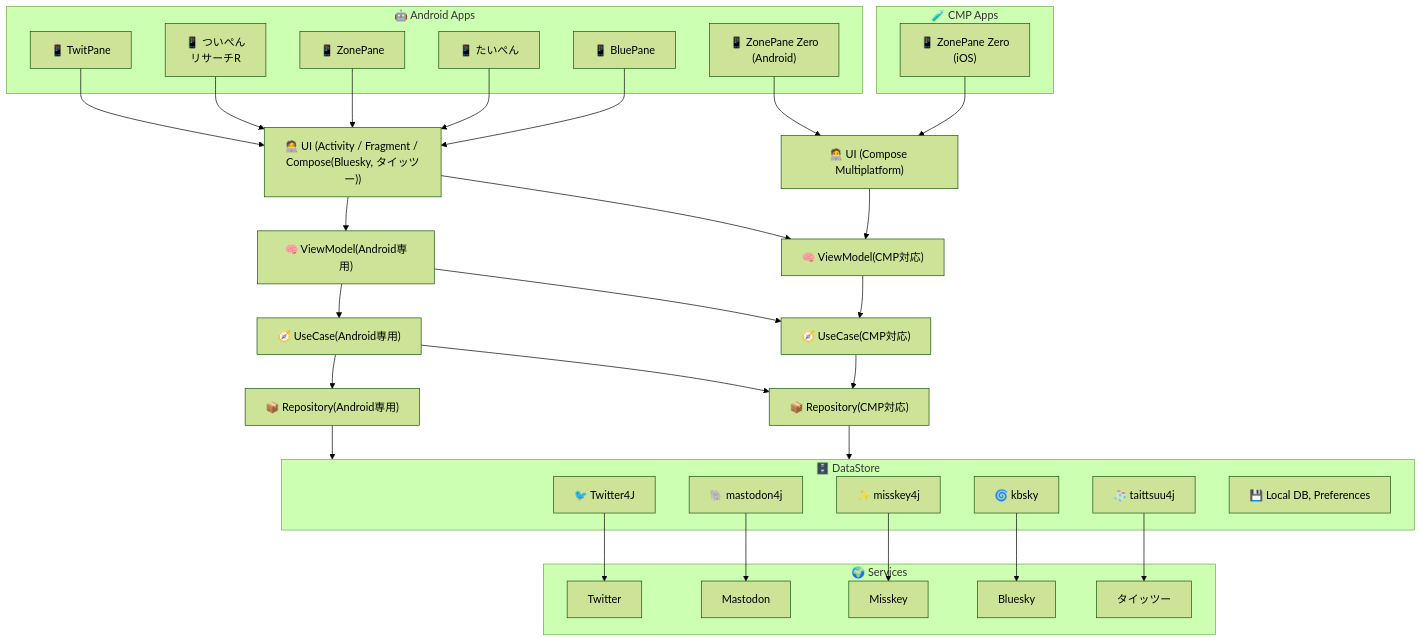
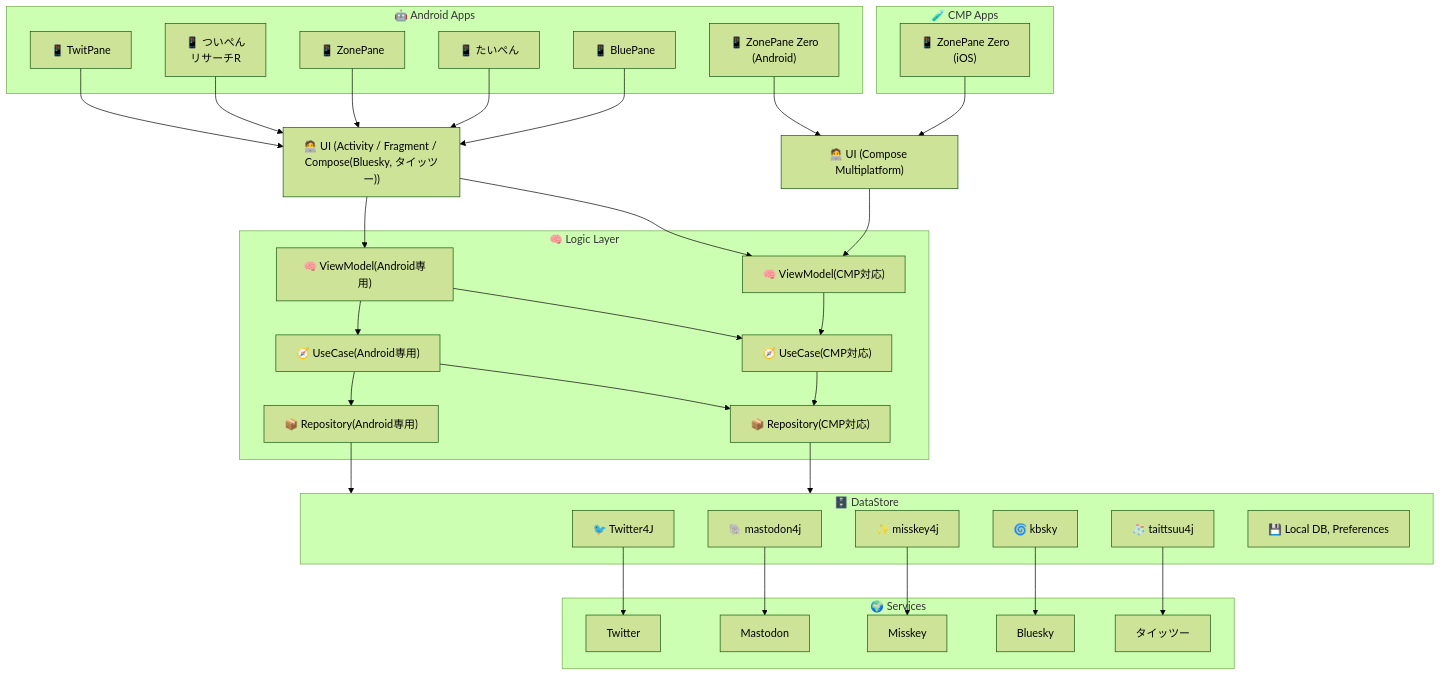
The first of 7 diagrams in twitpane.md (takke/mermaid_exam), drawn with Mermaid (forest theme) before and after one commit. The commit also changed other lines of this file, not shown here.

```diff
--- a/twitpane.md
+++ b/twitpane.md
@@ -30,17 +30,15 @@
   UI["🧑‍💻 UI (Activity / Fragment / Compose(Bluesky, タイッツー))"]
   UIC["🧑‍💻 UI (Compose Multiplatform)"]
 
-  %% ViewModel Layer
-  VMA["🧠 ViewModel(Android専用)"]
-  VMC["🧠 ViewModel(CMP対応)"]
-
-  %% UseCase Layer
-  UCA["🧭 UseCase(Android専用)"]
-  UCC["🧭 UseCase(CMP対応)"]
-
-  %% Repository Layer
-  RPA["📦 Repository(Android専用)"]
-  RPC["📦 Repository(CMP対応)"]
+  %% Logic Layer subgraph
+  subgraph LG["🧠 Logic Layer"]
+    VMA["🧠 ViewModel(Android専用)"]
+    VMC["🧠 ViewModel(CMP対応)"]
+    UCA["🧭 UseCase(Android専用)"]
+    UCC["🧭 UseCase(CMP対応)"]
+    RPA["📦 Repository(Android専用)"]
+    RPC["📦 Repository(CMP対応)"]
+  end
 
   %% DataSource subgraph
   subgraph DS["🗄️ DataStore"]
```
